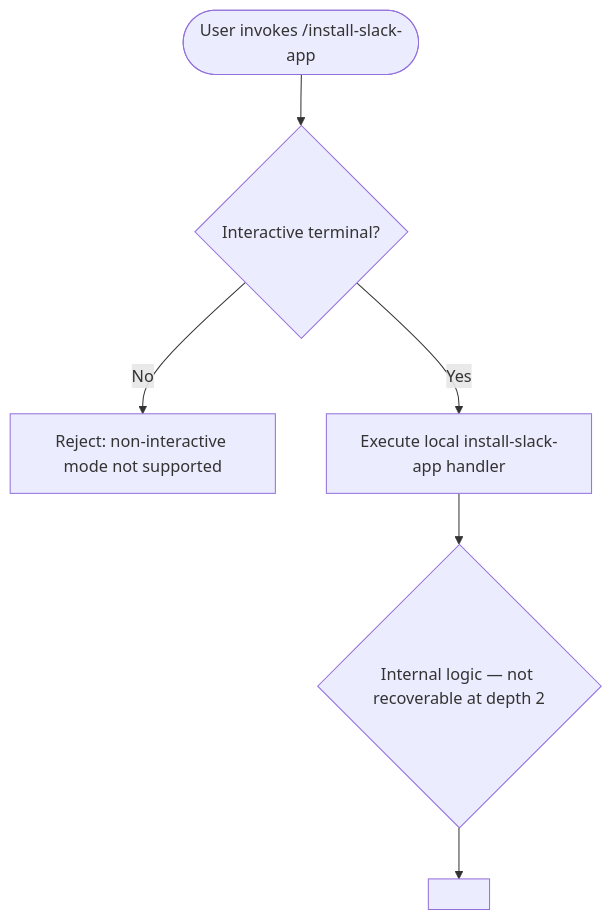
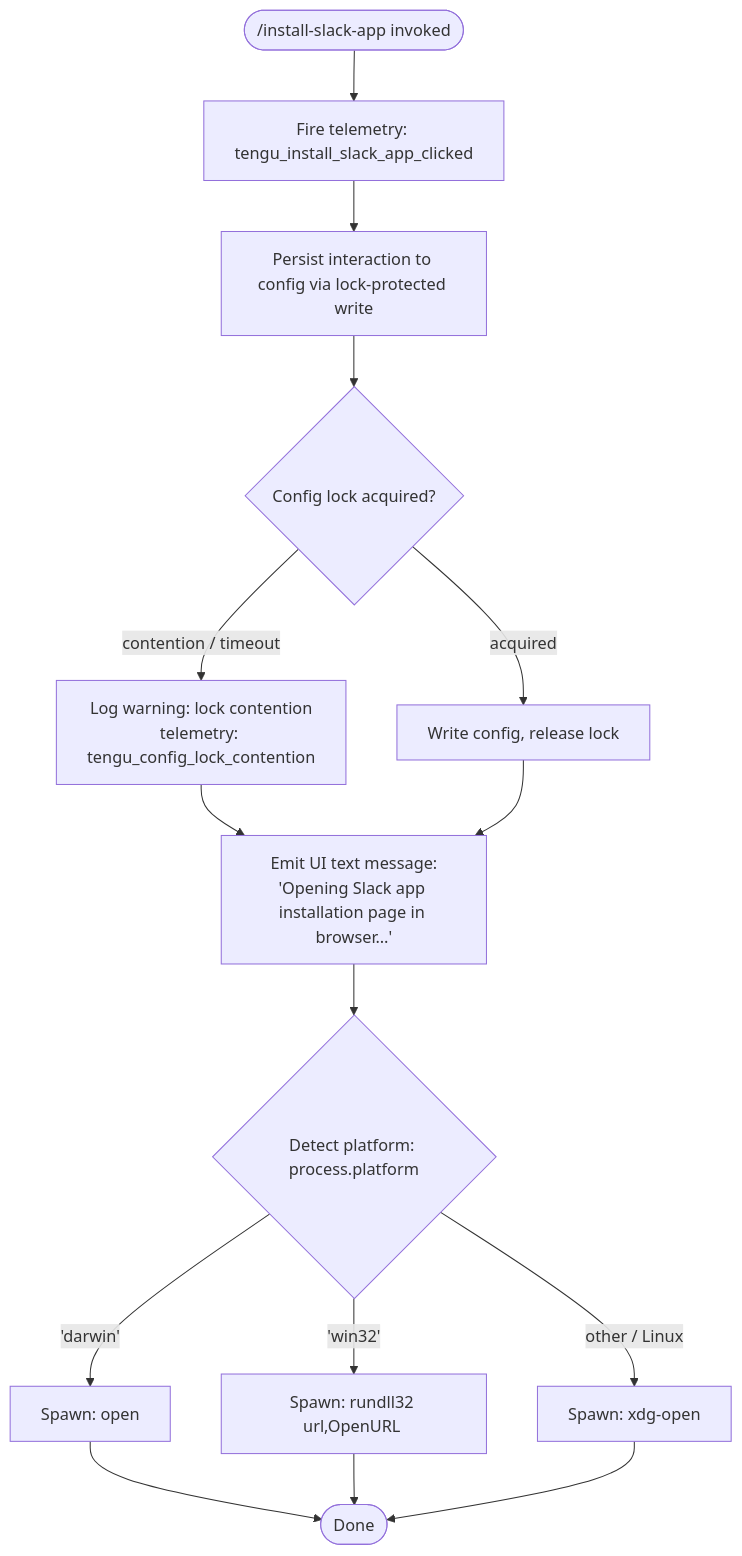
One commit to MyLittleLuckyDog/cc-gnothi changed the diagram in versions/v2.1.144/install-slack-app.md. Above: the diagram before and after it, drawn with Mermaid. The commit also changed other lines of this file and 483 other files, not shown here.

````diff
--- a/versions/v2.1.144/install-slack-app.md
+++ b/versions/v2.1.144/install-slack-app.md
@@ -53,8 +54,17 @@
 ```mermaid
 flowchart TD
-    A([User invokes /install-slack-app]) --> B{Interactive terminal?}
-    B -- No --> C[Reject: non-interactive mode not supported]
-    B -- Yes --> D[Execute local install-slack-app handler]
-    D --> E{Internal logic — not recoverable at depth 2}
-    E --> F[<!-- TODO: needs --depth 4 -->]
+    A(["/install-slack-app invoked"]) --> B[Fire telemetry: tengu_install_slack_app_clicked]
+    B --> C[Persist interaction to config via lock-protected write]
+    C --> D{Config lock acquired?}
+    D -- contention / timeout --> E[Log warning: lock contention\ntelemetry: tengu_config_lock_contention]
+    D -- acquired --> F[Write config, release lock]
+    E --> G
+    F --> G[Emit UI text message:\n'Opening Slack app installation page in browser…']
+    G --> H{Detect platform: process.platform}
+    H -- 'darwin' --> I["Spawn: open <URL>"]
+    H -- 'win32' --> J["Spawn: rundll32 url,OpenURL <URL>"]
+    H -- other / Linux --> K["Spawn: xdg-open <URL>"]
+    I --> L([Done])
+    J --> L
+    K --> L
 ```
````
